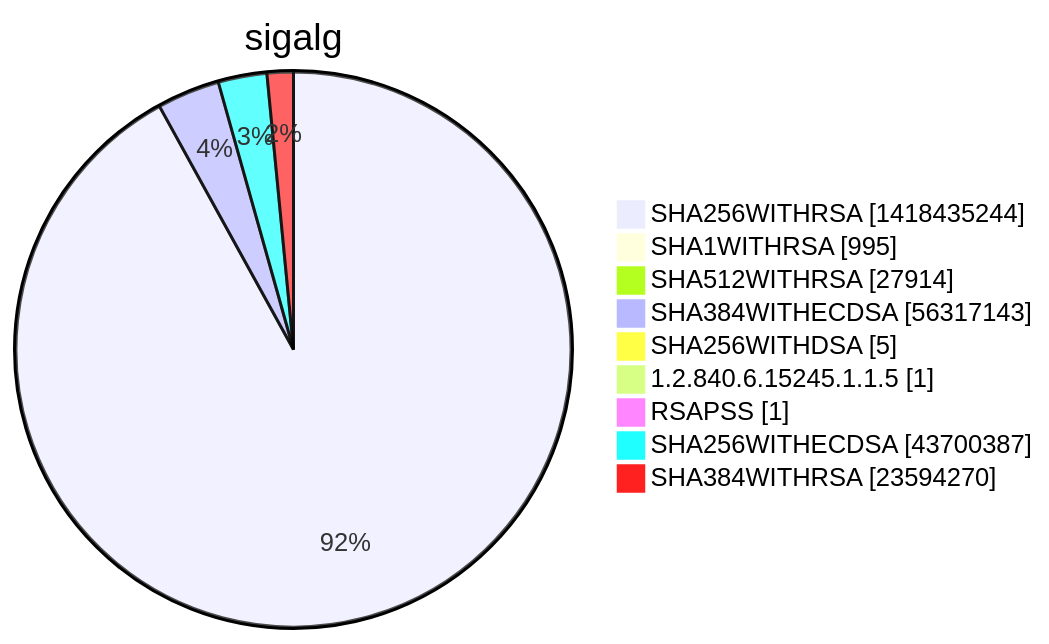
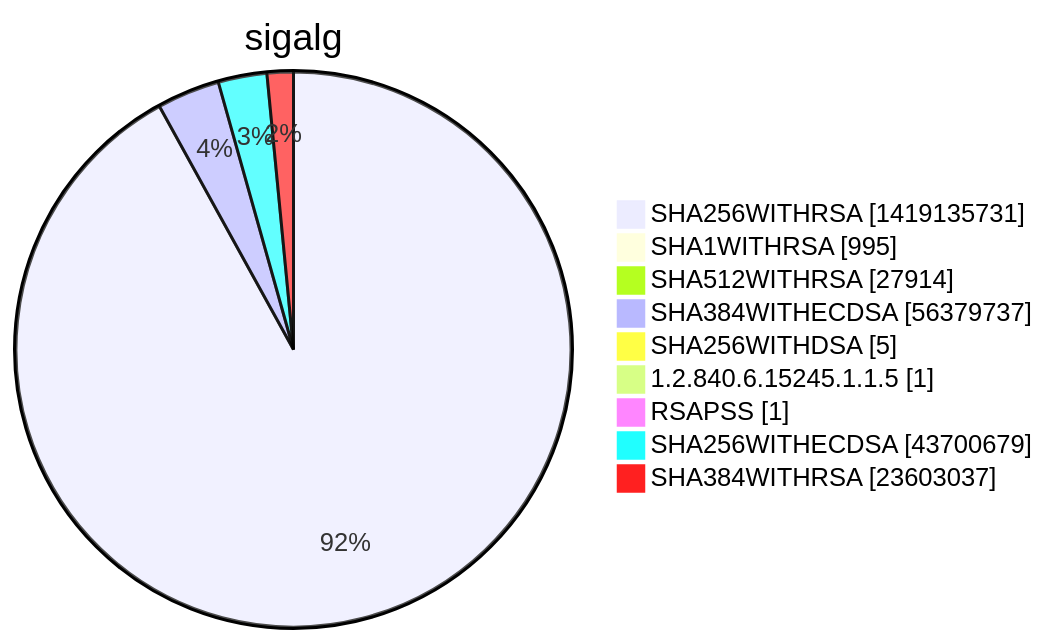
Before and after one commit to christiankrug/ctmonitor_visualization: diagram 15 of 15 in xenon2022/README.md, drawn with Mermaid. The commit also changed other lines of this file, not shown here.

````diff
--- a/xenon2022/README.md
+++ b/xenon2022/README.md
@@ -5858,13 +5858,13 @@
 ```mermaid
 pie showData
 title sigalg
-"SHA256WITHRSA" :1418435244
+"SHA256WITHRSA" :1419135731
 "SHA1WITHRSA" :995
 "SHA512WITHRSA" :27914
-"SHA384WITHECDSA" :56317143
+"SHA384WITHECDSA" :56379737
 "SHA256WITHDSA" :5
 "1.2.840.6.15245.1.1.5" :1
 "RSAPSS" :1
-"SHA256WITHECDSA" :43700387
-"SHA384WITHRSA" :23594270
+"SHA256WITHECDSA" :43700679
+"SHA384WITHRSA" :23603037
 ```
````
